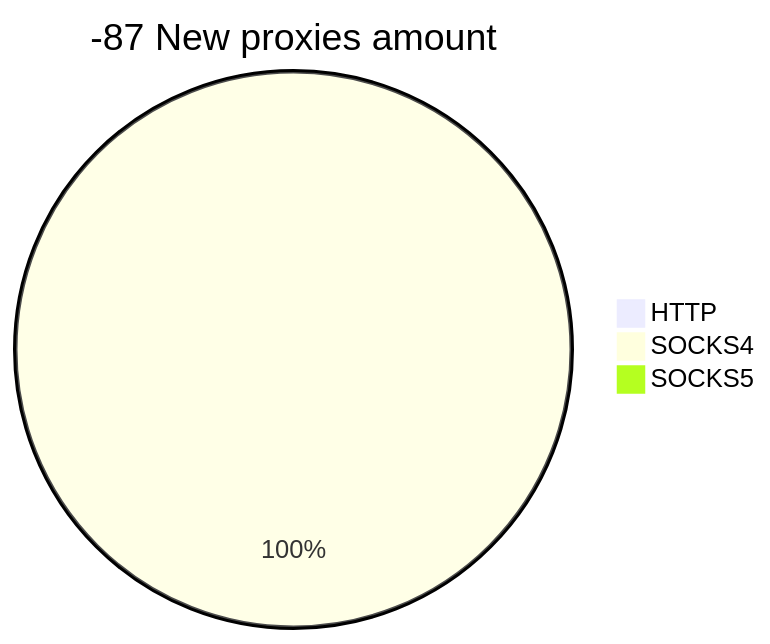
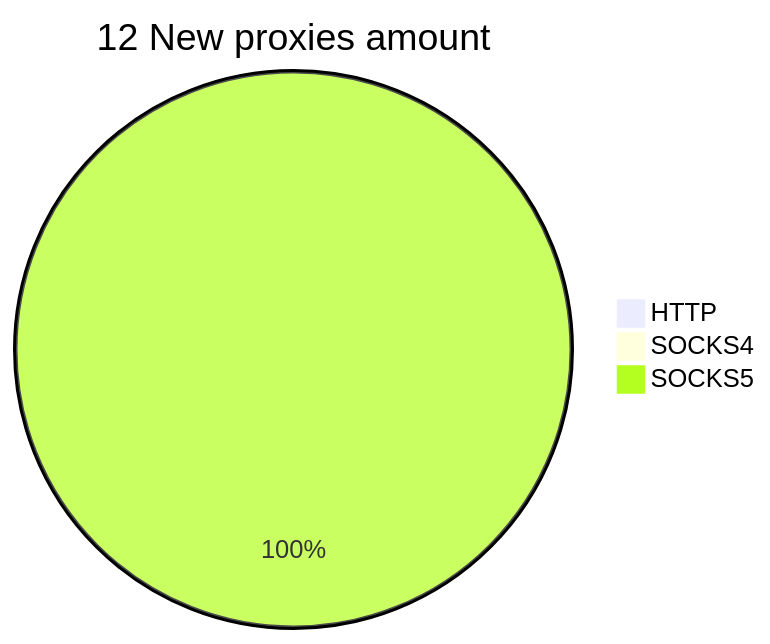
Before and after one commit to cutipu/proxylist: the second of 2 diagrams in README.md, drawn with Mermaid. The commit also changed other lines of this file, not shown here.

````diff
--- a/README.md
+++ b/README.md
@@ -10,6 +10,6 @@
 ```mermaid
-pie title -87 New proxies amount
+pie title 12 New proxies amount
     "HTTP" : 0
-    "SOCKS4" : 1
-    "SOCKS5" : 0
+    "SOCKS4" : 0
+    "SOCKS5" : 36
 ```
````
